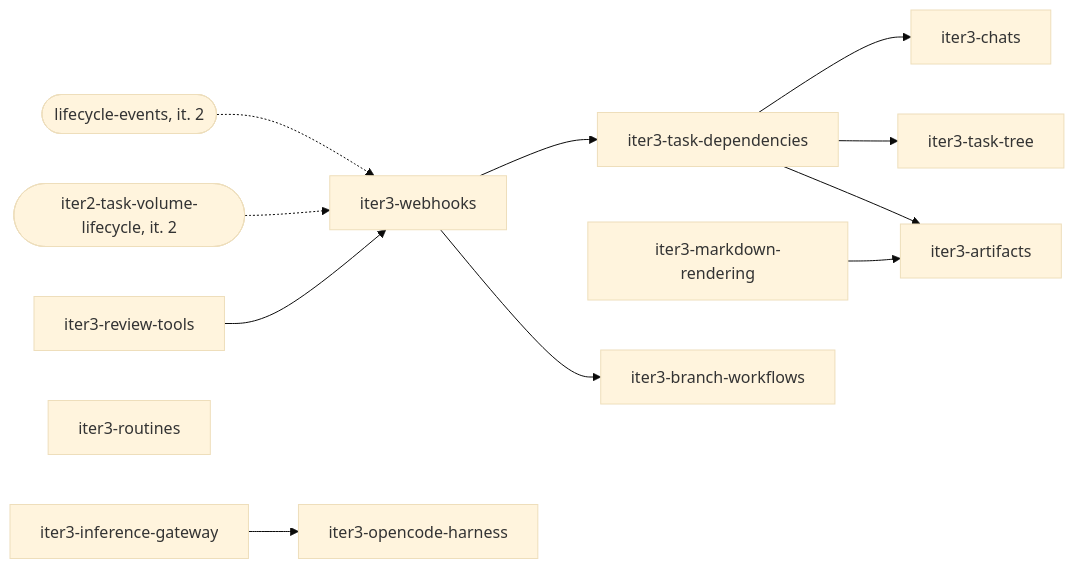
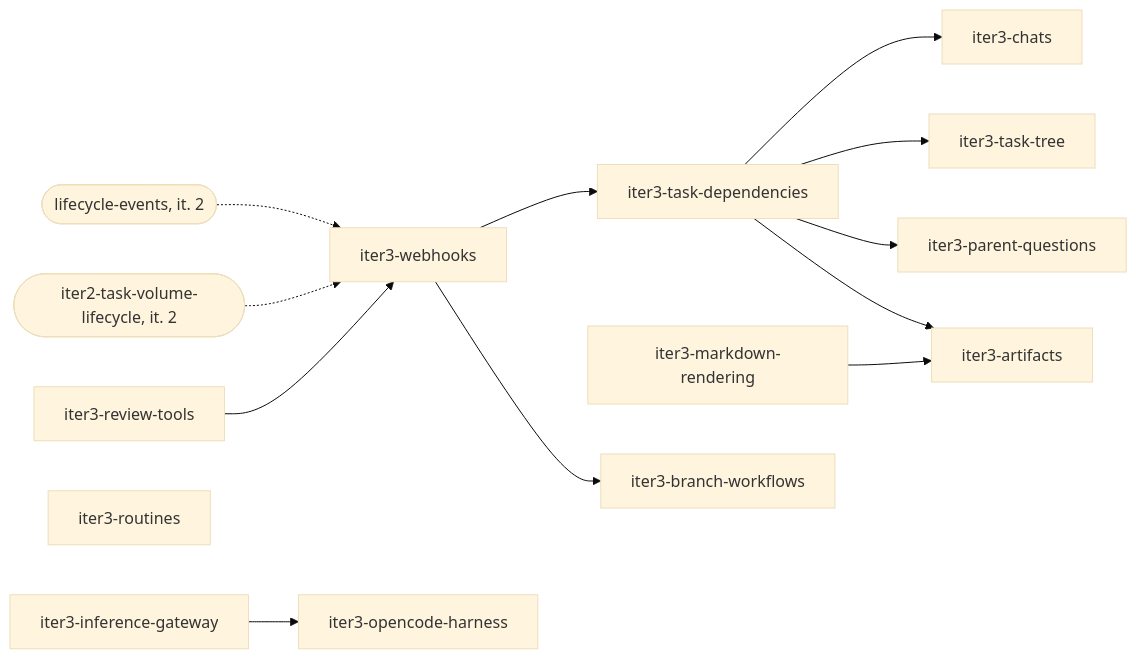
The diagram in product/iterations/iteration-3.md (prskr/dark-factory), drawn with Mermaid (base theme) before and after one commit. The commit also changed other lines of this file and 9 other files, not shown here.

````diff
--- a/product/iterations/iteration-3.md
+++ b/product/iterations/iteration-3.md
@@ -35,14 +35,15 @@
 ```mermaid
 flowchart LR
   LE([lifecycle-events, it. 2]) -.-> WH
   TV([iter2-task-volume-lifecycle, it. 2]) -.-> WH
   RT[iter3-review-tools] --> WH[iter3-webhooks]
   WH --> TD[iter3-task-dependencies]
   TD --> CH[iter3-chats]
   TD --> TT[iter3-task-tree]
+  TD --> PQ[iter3-parent-questions]
   TD --> AR[iter3-artifacts]
   MR[iter3-markdown-rendering] --> AR
   WH --> BW[iter3-branch-workflows]
   RO[iter3-routines]
   IG[iter3-inference-gateway] --> OC[iter3-opencode-harness]
 ```
````
